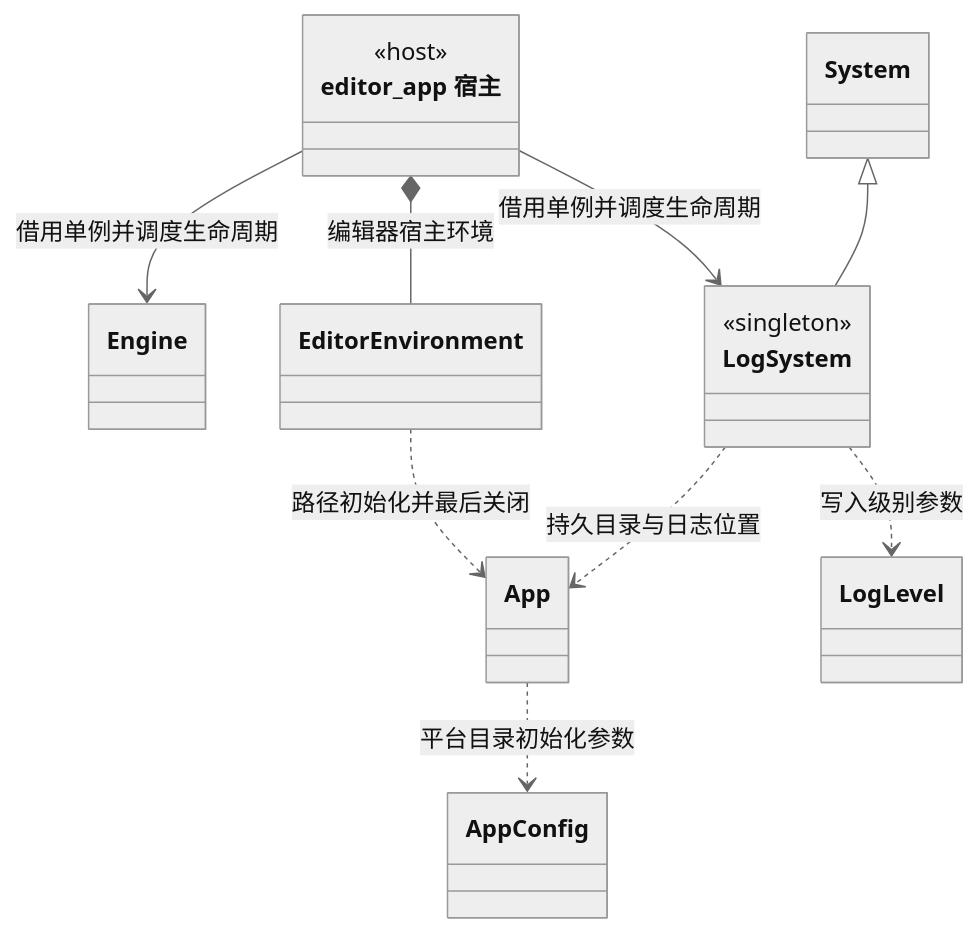
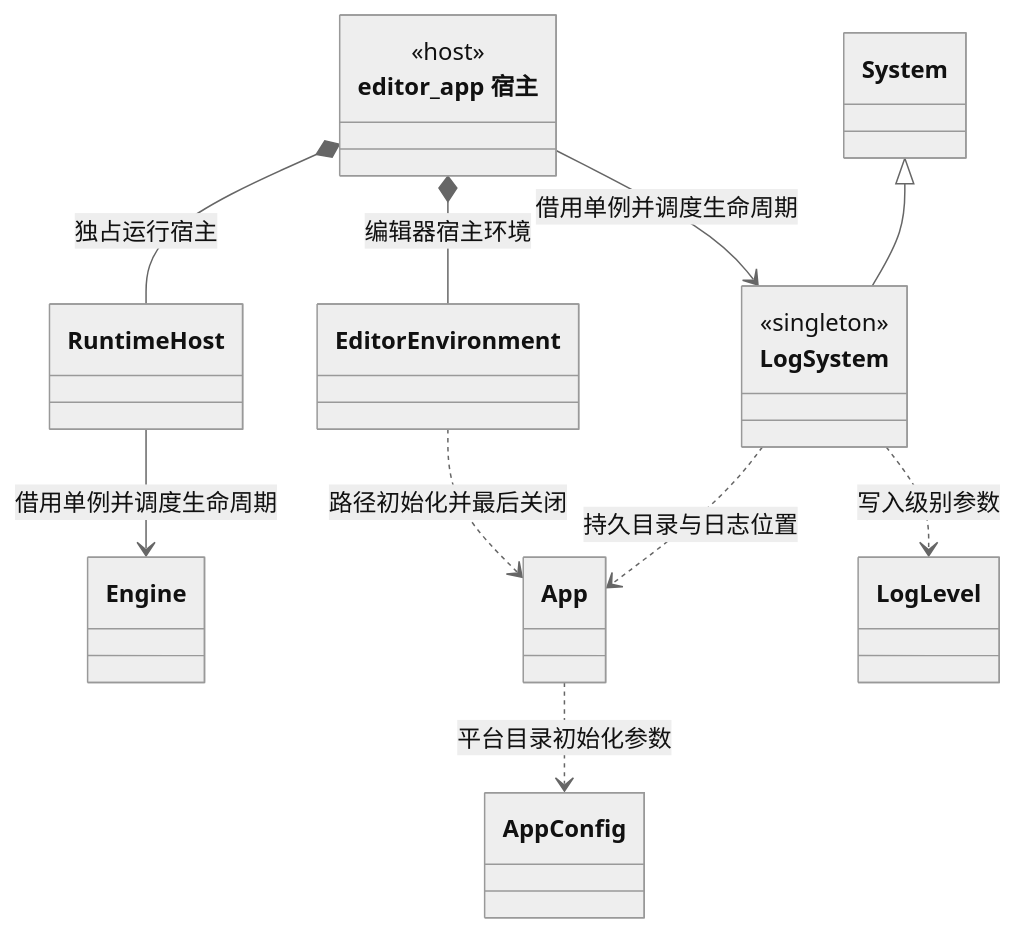
The sixth of 19 diagrams in docs/class-diagrams/references.md (lcals/Engine), drawn with Mermaid (neutral theme) before and after one commit. The commit also changed other lines of this file and 143 other files, not shown here.

````diff
--- a/docs/class-diagrams/references.md
+++ b/docs/class-diagrams/references.md
@@ -148,24 +155,26 @@
 ```mermaid
 classDiagram
     direction TB
     class EditorHost["editor_app 宿主"] {
         <<host>>
     }
     class Engine
     class App
     class AppConfig
     class LogSystem {
         <<singleton>>
     }
     class LogLevel
     class System
     class EditorEnvironment
     EditorHost *-- EditorEnvironment : 编辑器宿主环境
     EditorEnvironment ..> App : 路径初始化并最后关闭
     EditorHost --> LogSystem : 借用单例并调度生命周期
-    EditorHost --> Engine : 借用单例并调度生命周期
+    class RuntimeHost
+    EditorHost *-- RuntimeHost : 独占运行宿主
+    RuntimeHost --> Engine : 借用单例并调度生命周期
     App ..> AppConfig : 平台目录初始化参数
     System <|-- LogSystem
     LogSystem ..> App : 持久目录与日志位置
     LogSystem ..> LogLevel : 写入级别参数
 ```
````
